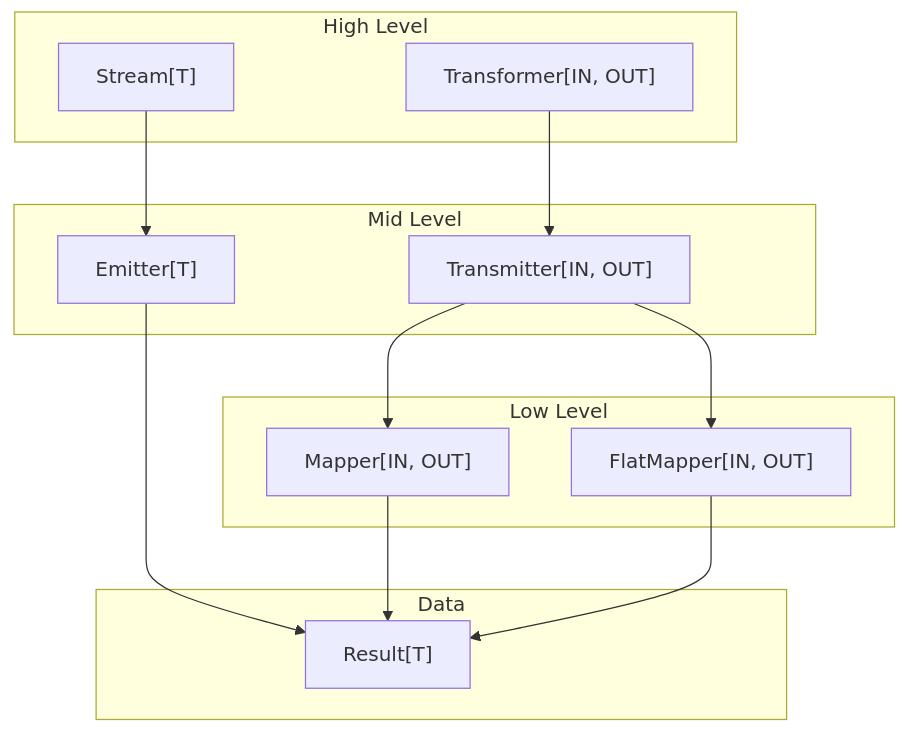
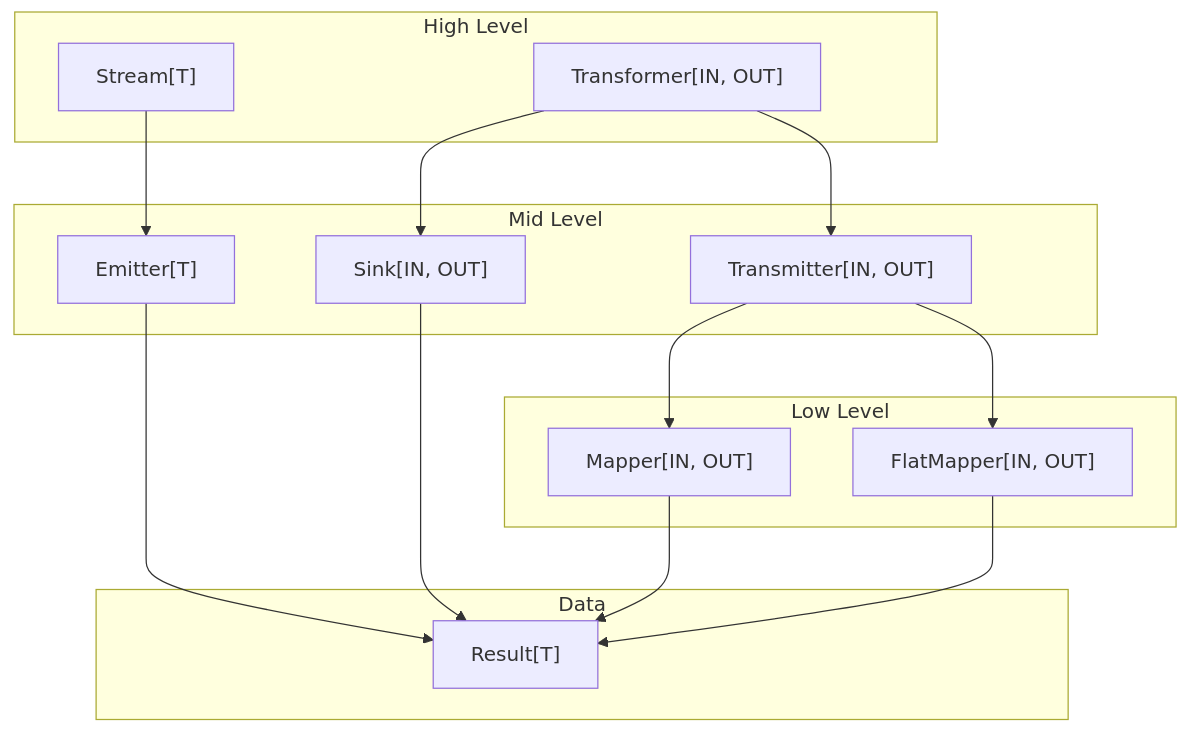
Before and after one commit to helzpont/min-flow: the first of 2 diagrams in flow/core/README.md, drawn with Mermaid. The commit also changed other lines of this file and 18 other files, not shown here.

````diff
--- a/flow/core/README.md
+++ b/flow/core/README.md
@@ -9,29 +9,32 @@
 ```mermaid
 graph TB
     subgraph "High Level"
         Stream["Stream[T]"]
         Transformer["Transformer[IN, OUT]"]
     end
 
     subgraph "Mid Level"
         Emitter["Emitter[T]"]
         Transmitter["Transmitter[IN, OUT]"]
+        Sink["Sink[IN, OUT]"]
     end
 
     subgraph "Low Level"
         Mapper["Mapper[IN, OUT]"]
         FlatMapper["FlatMapper[IN, OUT]"]
     end
 
     subgraph "Data"
         Result["Result[T]"]
     end
 
     Stream --> Emitter
     Transformer --> Transmitter
+    Transformer --> Sink
     Emitter --> Result
     Transmitter --> Mapper
     Transmitter --> FlatMapper
+    Sink --> Result
     Mapper --> Result
     FlatMapper --> Result
 ```
````
